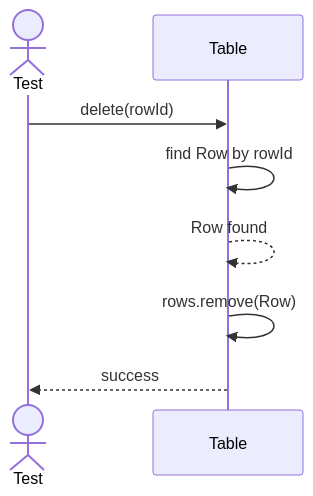
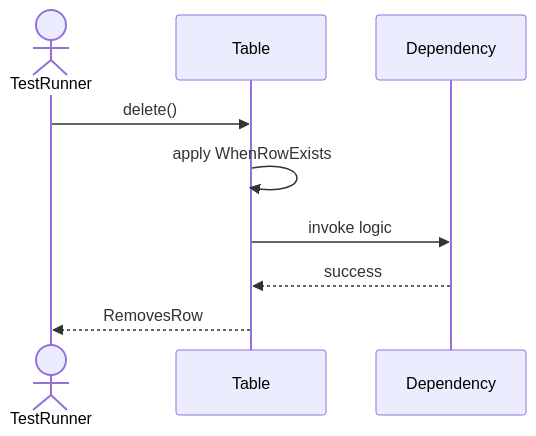
One commit to TamBui1706/DBMS changed the fifth of 12 diagrams in Sequences/DatabaseObjectManagement/Table.md. Above: the diagram before and after it, drawn with Mermaid. The commit also changed other lines of this file and 63 other files, not shown here.

Commit message:
Draw sequence diagram for unit tests

````diff
--- a/Sequences/DatabaseObjectManagement/Table.md
+++ b/Sequences/DatabaseObjectManagement/Table.md
@@ -76,11 +73,10 @@
 ```mermaid
 sequenceDiagram
-    actor Test
+    actor TestRunner
     participant Table
-
-    Test->>Table: delete(rowId)
-    Table->>Table: find Row by rowId
-    Table-->>Table: Row found
-    Table->>Table: rows.remove(Row)
-    Table-->>Test: success
+    TestRunner->>Table: delete()
+    Table->>Table: apply WhenRowExists
+    Table->>Dependency: invoke logic
+    Dependency-->>Table: success
+    Table-->>TestRunner: RemovesRow
 ```
````
